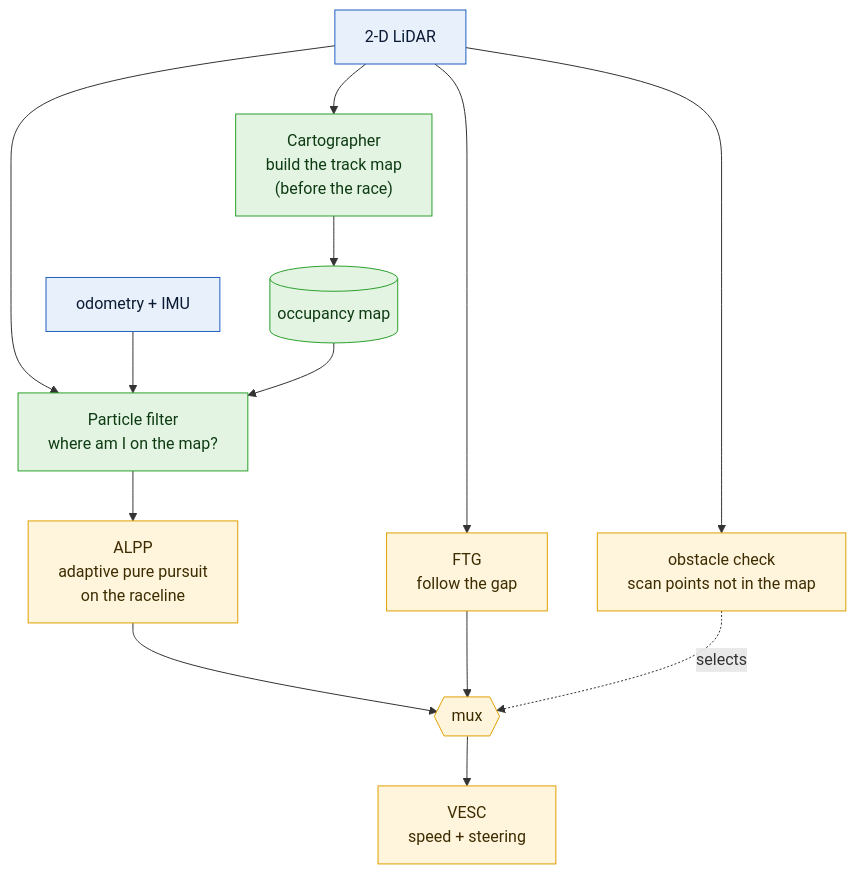
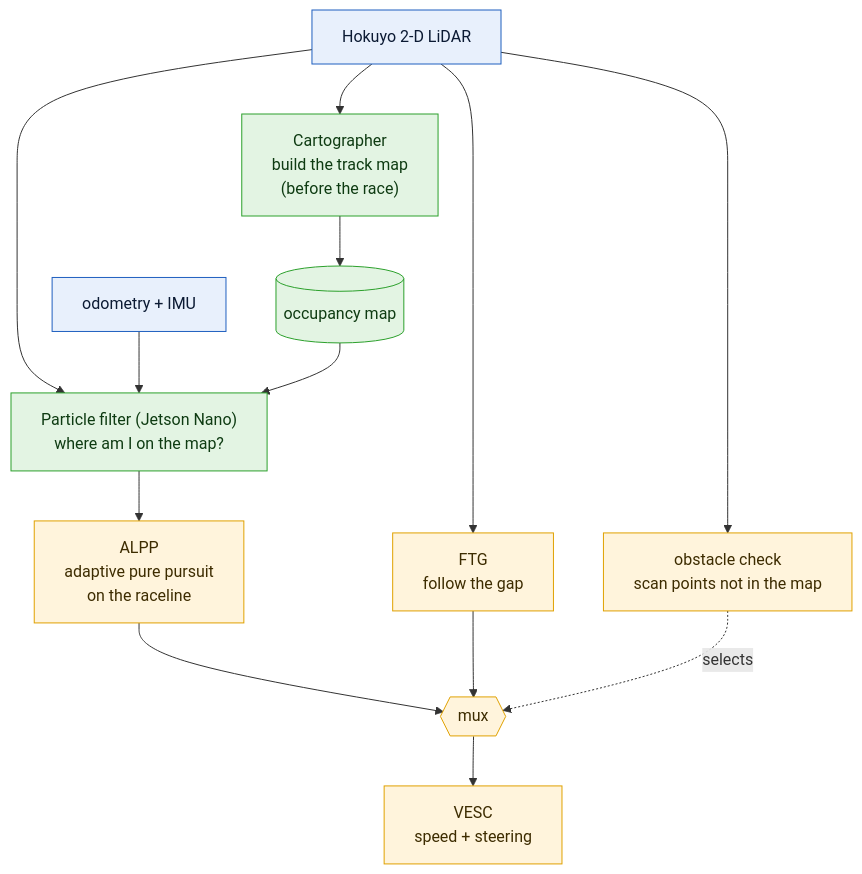
Before and after one commit to krunalvaghela1262-eng/SEDRICA-AUTONOMOUS-DRIVING: the second of 2 diagrams in README.md, drawn with Mermaid. The commit also changed other lines of this file, not shown here.

Commit message:
Describe the RoboRacer hardware: Hokuyo LiDAR, Jetson Nano running the particle filter, VESC

````diff
--- a/README.md
+++ b/README.md
@@ -71,21 +81,21 @@
 ```mermaid
 flowchart TD
-    Li["2-D LiDAR"] --> C["Cartographer<br/>build the track map<br/>(before the race)"]
+    Li["Hokuyo 2-D LiDAR"] --> C["Cartographer<br/>build the track map<br/>(before the race)"]
     C --> Map[("occupancy map")]
-    Li --> PF["Particle filter<br/>where am I on the map?"]
+    Li --> PF["Particle filter (Jetson Nano)<br/>where am I on the map?"]
     O["odometry + IMU"] --> PF
     Map --> PF
     PF --> A["ALPP<br/>adaptive pure pursuit<br/>on the raceline"]
     Li --> F["FTG<br/>follow the gap"]
     Li --> Det["obstacle check<br/>scan points not in the map"]
     A --> MX{{"mux"}}
     F --> MX
     Det -. selects .-> MX
     MX --> V["VESC<br/>speed + steering"]
     classDef s fill:#e8f0fc,stroke:#1f5fbf,color:#0b1a33
     classDef p fill:#e3f4e3,stroke:#2ca02c,color:#0e3b12
     classDef c fill:#fff4dc,stroke:#e0a100,color:#3d2c00
     class Li,O s
     class C,Map,PF p
     class A,F,Det,MX,V c
 ```
````
